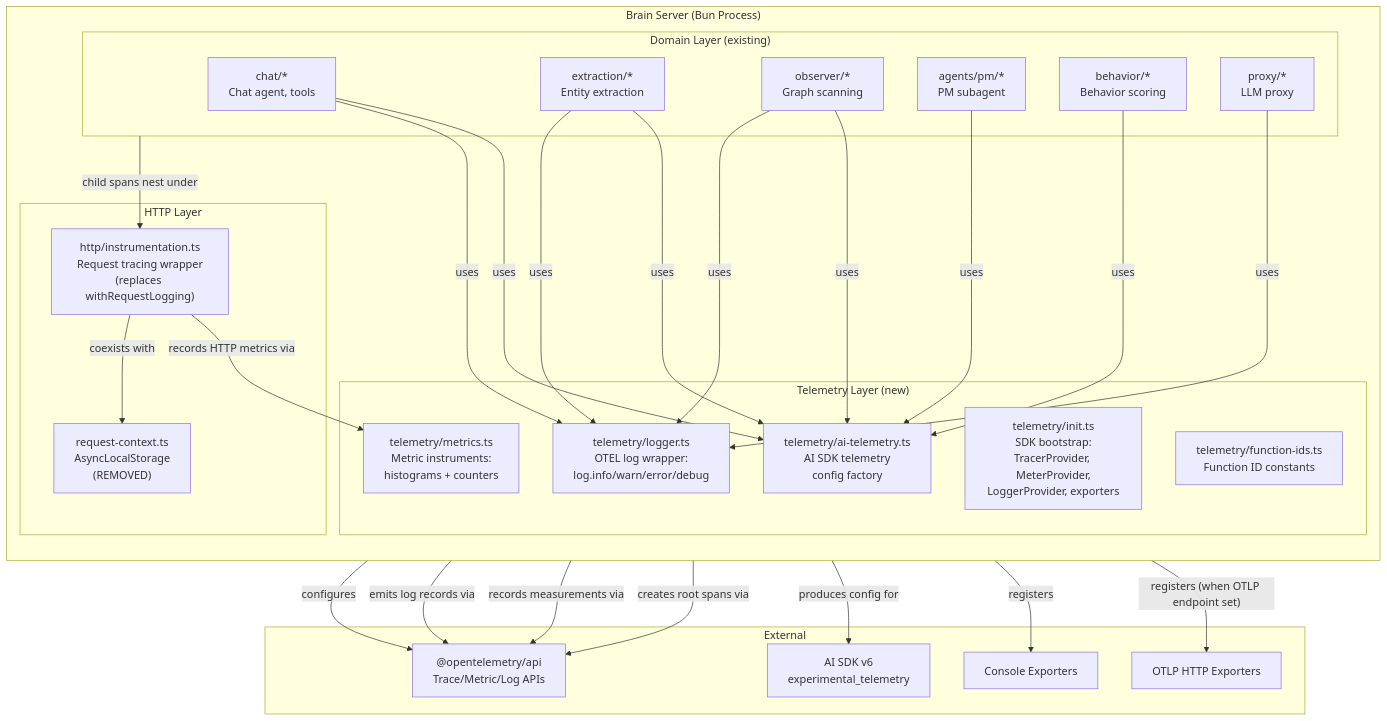
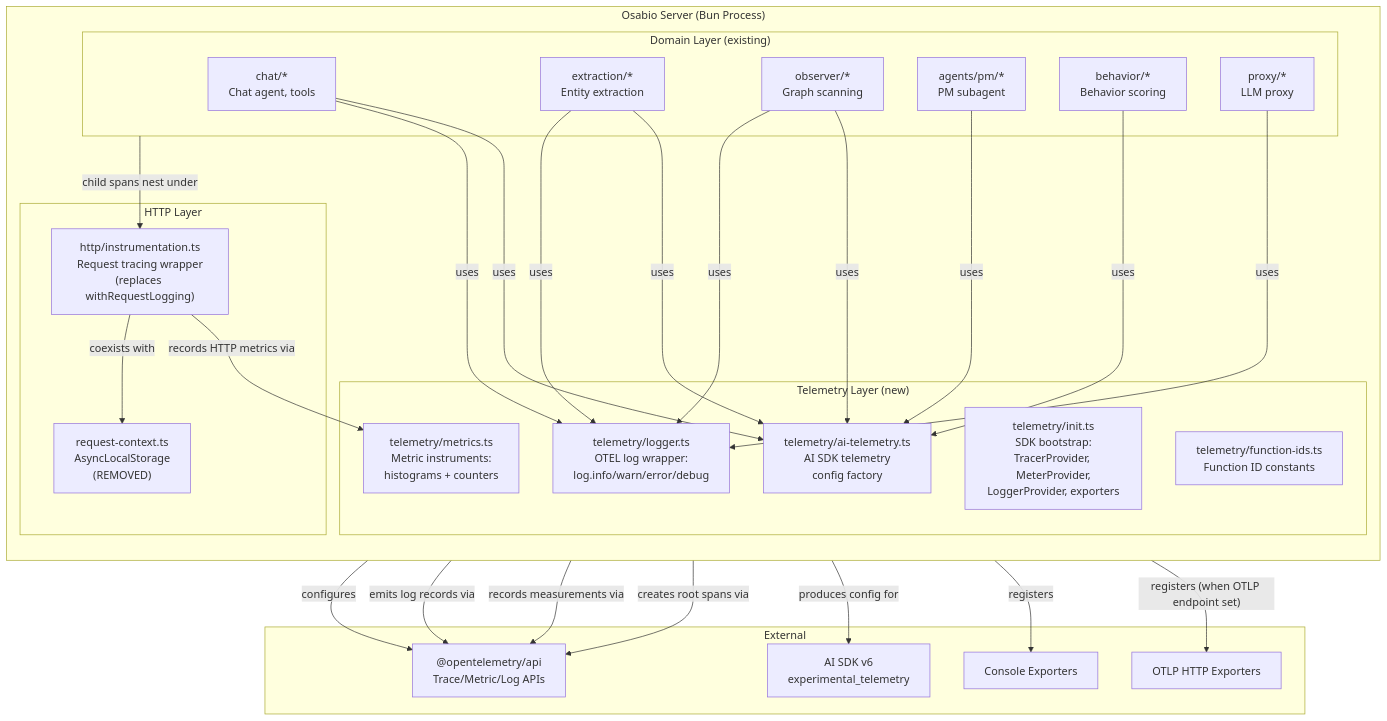
Before and after one commit to marcus-sa/osabio: the second of 2 diagrams in docs/design/opentelemetry-observability/architecture-design.md, drawn with Mermaid. The commit also changed other lines of this file and 525 other files, not shown here.

First line of the commit message:
refactor: rename brain to osabio (#203)

````diff
--- a/docs/design/opentelemetry-observability/architecture-design.md
+++ b/docs/design/opentelemetry-observability/architecture-design.md
@@ -39,57 +39,57 @@
 ```mermaid
 graph TB
-    subgraph brain["Brain Server (Bun Process)"]
+    subgraph brain["Osabio Server (Bun Process)"]
         direction TB
 
         subgraph telemetry["Telemetry Layer (new)"]
             init["telemetry/init.ts<br/>SDK bootstrap:<br/>TracerProvider, MeterProvider,<br/>LoggerProvider, exporters"]
             logger["telemetry/logger.ts<br/>OTEL log wrapper:<br/>log.info/warn/error/debug"]
             metrics["telemetry/metrics.ts<br/>Metric instruments:<br/>histograms + counters"]
             aitelem["telemetry/ai-telemetry.ts<br/>AI SDK telemetry<br/>config factory"]
             fnids["telemetry/function-ids.ts<br/>Function ID constants"]
         end
 
         subgraph http["HTTP Layer"]
             reqtrace["http/instrumentation.ts<br/>Request tracing wrapper<br/>(replaces withRequestLogging)"]
             reqctx["request-context.ts<br/>AsyncLocalStorage<br/>(REMOVED)"]
         end
 
         subgraph domain["Domain Layer (existing)"]
             chat["chat/*<br/>Chat agent, tools"]
             extract["extraction/*<br/>Entity extraction"]
             observer["observer/*<br/>Graph scanning"]
             pm["agents/pm/*<br/>PM subagent"]
             behavior["behavior/*<br/>Behavior scoring"]
             proxy["proxy/*<br/>LLM proxy"]
         end
     end
 
     subgraph external["External"]
         otelapi["@opentelemetry/api<br/>Trace/Metric/Log APIs"]
         aisdk["AI SDK v6<br/>experimental_telemetry"]
         consoleExp["Console Exporters"]
         otlpExp["OTLP HTTP Exporters"]
     end
 
     init -->|"configures"| otelapi
     init -->|"registers"| consoleExp
     init -->|"registers (when OTLP endpoint set)"| otlpExp
     logger -->|"emits log records via"| otelapi
     metrics -->|"records measurements via"| otelapi
     aitelem -->|"produces config for"| aisdk
     reqtrace -->|"creates root spans via"| otelapi
     reqtrace -->|"records HTTP metrics via"| metrics
     reqtrace -->|"coexists with"| reqctx
 
     chat -->|"uses"| aitelem
     chat -->|"uses"| logger
     extract -->|"uses"| aitelem
     extract -->|"uses"| logger
     observer -->|"uses"| aitelem
     observer -->|"uses"| logger
     pm -->|"uses"| aitelem
     behavior -->|"uses"| aitelem
     proxy -->|"uses"| logger
 
     domain -->|"child spans nest under"| reqtrace
 ```
````
